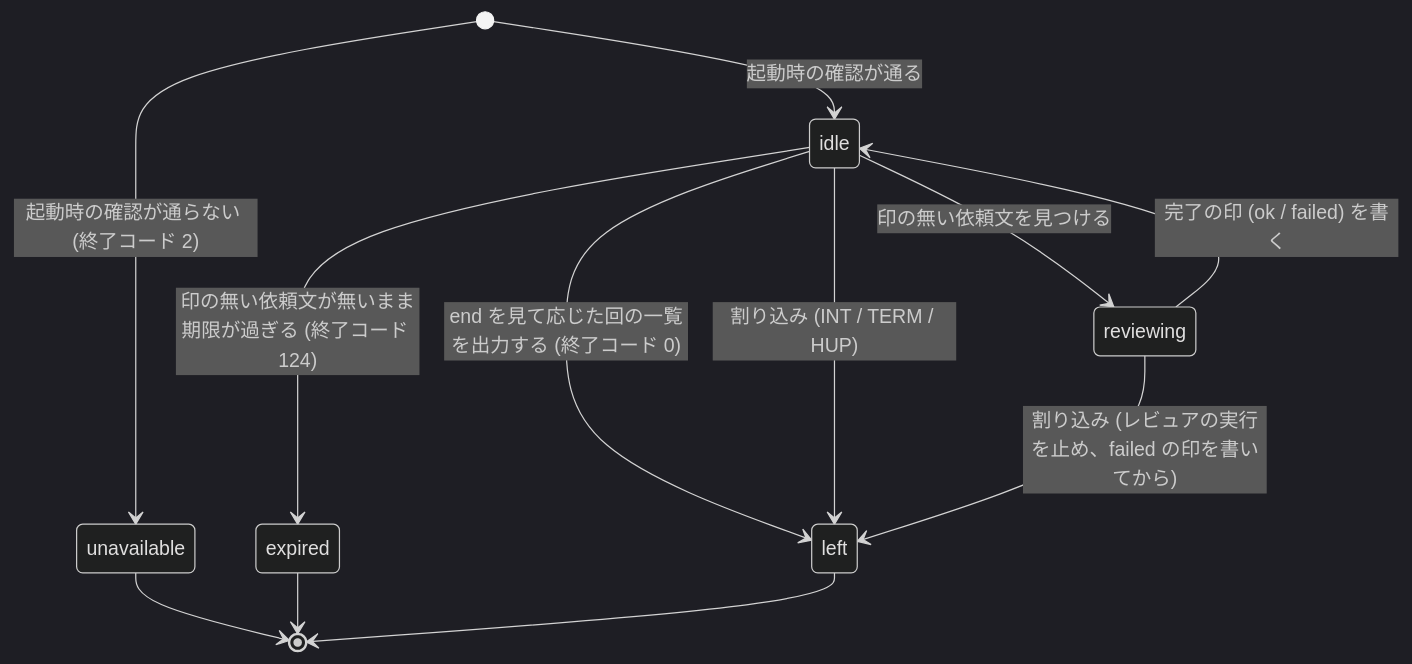
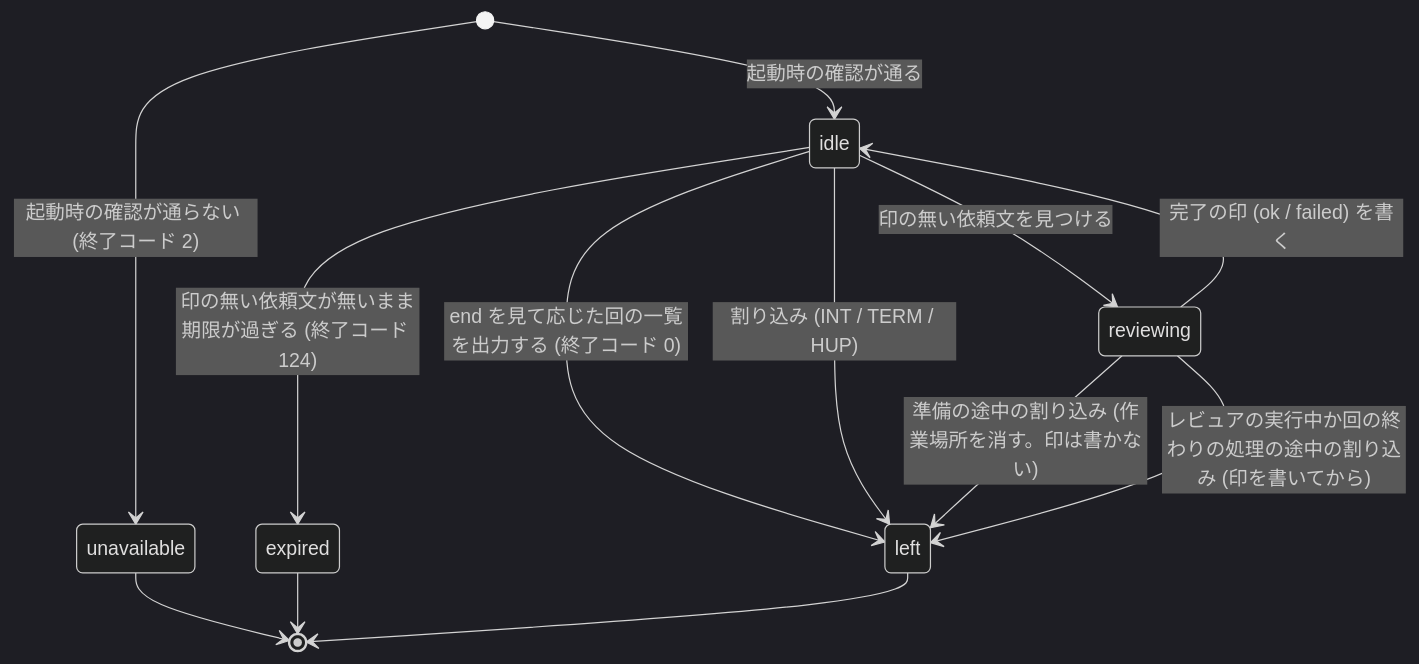
The diagram in review-triage/skills/review-loop/references/loop-files.md (akm/claude-plugins), drawn with Mermaid (dark theme) before and after one commit. The commit also changed other lines of this file and 1 other file, not shown here.

````diff
--- a/review-triage/skills/review-loop/references/loop-files.md
+++ b/review-triage/skills/review-loop/references/loop-files.md
@@ -126,14 +126,15 @@
 ```mermaid
 stateDiagram-v2
   [*] --> unavailable: 起動時の確認が通らない (終了コード 2)
   [*] --> idle: 起動時の確認が通る
   idle --> reviewing: 印の無い依頼文を見つける
   reviewing --> idle: 完了の印 (ok / failed) を書く
   idle --> expired: 印の無い依頼文が無いまま期限が過ぎる (終了コード 124)
   idle --> left: end を見て応じた回の一覧を出力する (終了コード 0)
   idle --> left: 割り込み (INT / TERM / HUP)
-  reviewing --> left: 割り込み (レビュアの実行を止め、failed の印を書いてから)
+  reviewing --> left: 準備の途中の割り込み (作業場所を消す。印は書かない)
+  reviewing --> left: レビュアの実行中か回の終わりの処理の途中の割り込み (印を書いてから)
   unavailable --> [*]
   expired --> [*]
   left --> [*]
 ```
````
